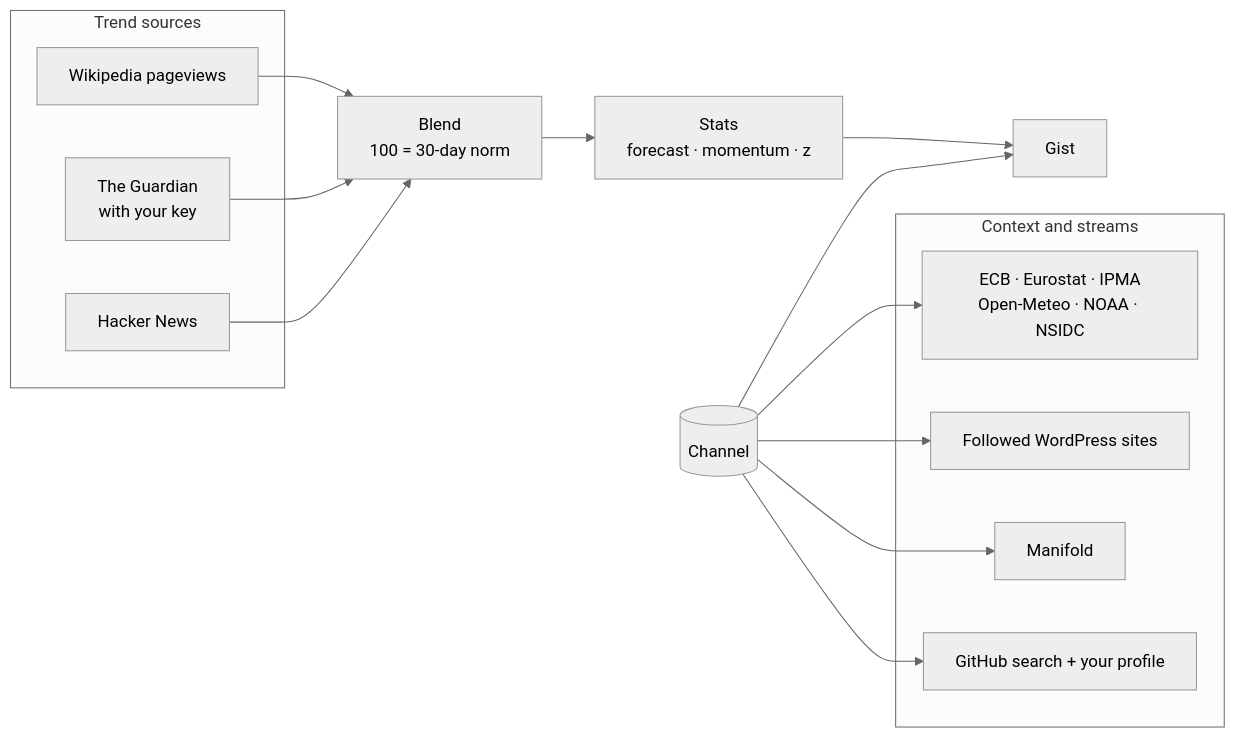
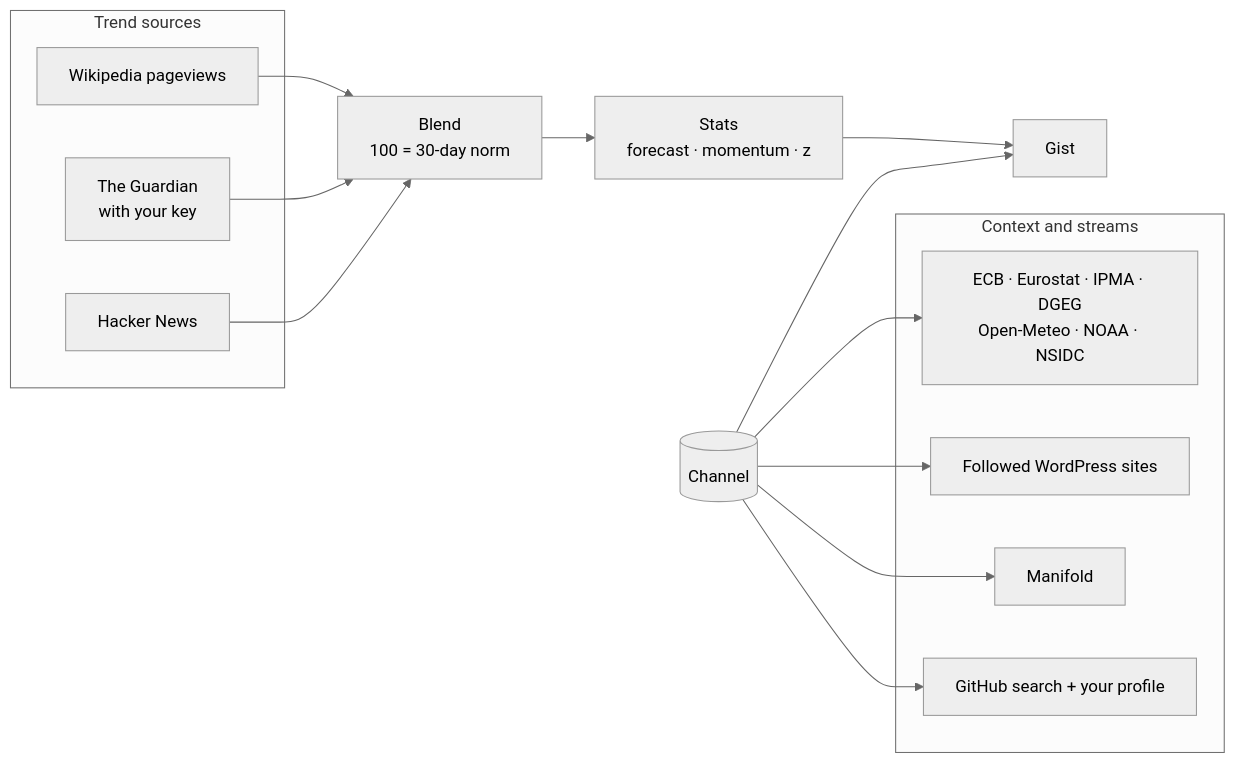
One commit to alex-quiterio/precog-trend-radar changed the diagram in README.md. Above: the diagram before and after it, drawn with Mermaid (neutral theme). The commit also changed other lines of this file and 32 other files, not shown here.

````diff
--- a/README.md
+++ b/README.md
@@ -102,16 +131,16 @@
 ```mermaid
 flowchart LR
   subgraph Trend["Trend sources"]
     W[Wikipedia pageviews]
     G[The Guardian<br/>with your key]
     H[Hacker News]
   end
   subgraph Context["Context and streams"]
-    D[ECB · Eurostat · IPMA<br/>Open-Meteo · NOAA · NSIDC]
+    D[ECB · Eurostat · IPMA · DGEG<br/>Open-Meteo · NOAA · NSIDC]
     R[Followed WordPress sites]
     M[Manifold]
     GH[GitHub search + your profile]
   end
   W & G & H --> B[Blend<br/>100 = 30-day norm] --> S[Stats<br/>forecast · momentum · z] --> GI[Gist]
   CH[(Channel)] --> GI & D & R & M & GH
 ```
````
